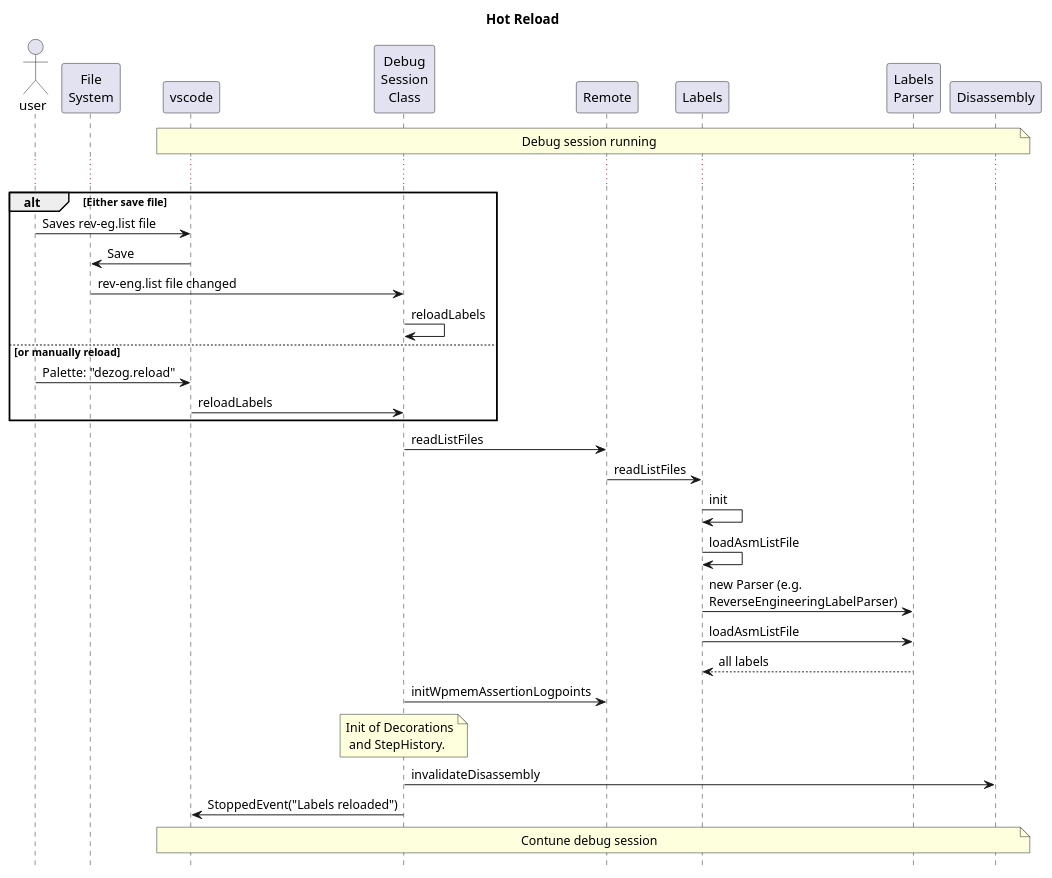
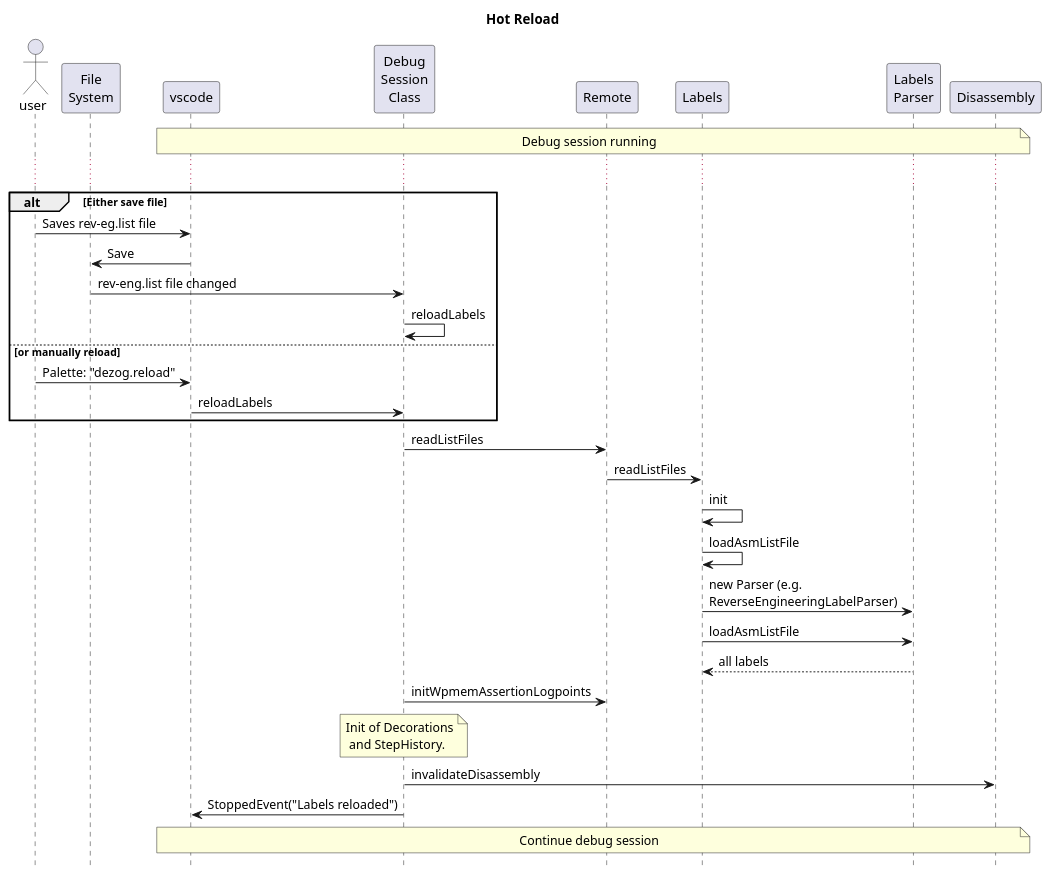
Before and after one commit to maziac/DeZog: the tenth of 10 diagrams in design/design.md, drawn with PlantUML. The commit also changed other lines of this file and 1 other file, not shown here.

````diff
--- a/design/design.md
+++ b/design/design.md
@@ -559,42 +560,42 @@
 ```puml
 hide footbox
 title Hot Reload
 actor user
 participant "File\nSystem" as fs
 participant vscode
 participant "Debug\nSession\nClass" as session
 participant "Remote" as remote
 participant "Labels" as labels
 participant "Labels\nParser" as parser
 participant "Disassembly" as disassembly
 
 note over vscode, disassembly: Debug session running
 ...
 
 alt Either save file
 user -> vscode: Saves rev-eg.list file
 vscode -> fs: Save
 fs -> session: rev-eng.list file changed
 session -> session: reloadLabels
 
 else or manually reload
 user -> vscode: Palette: "dezog.reload"
 vscode -> session: reloadLabels
 end
 
 session -> remote: readListFiles
 remote -> labels: readListFiles
 labels -> labels: init
 labels -> labels: loadAsmListFile
 labels -> parser: new Parser (e.g.\nReverseEngineeringLabelParser)
 labels -> parser: loadAsmListFile
 labels <-- parser: all labels
 session -> remote: initWpmemAssertionLogpoints
 
 note over session: Init of Decorations\n and StepHistory.
 
 session -> disassembly: invalidateDisassembly
 session -> vscode: StoppedEvent("Labels reloaded")
 
-note over vscode, disassembly: Contune debug session
+note over vscode, disassembly: Continue debug session
 ```
````
